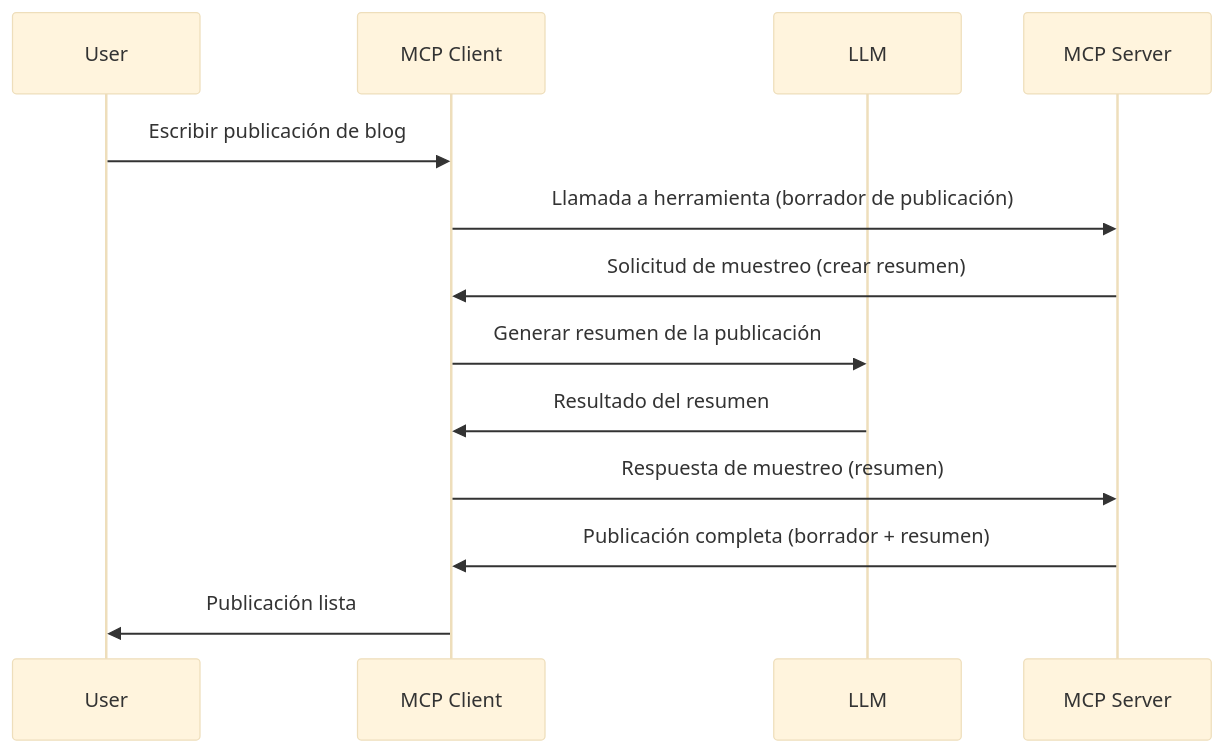
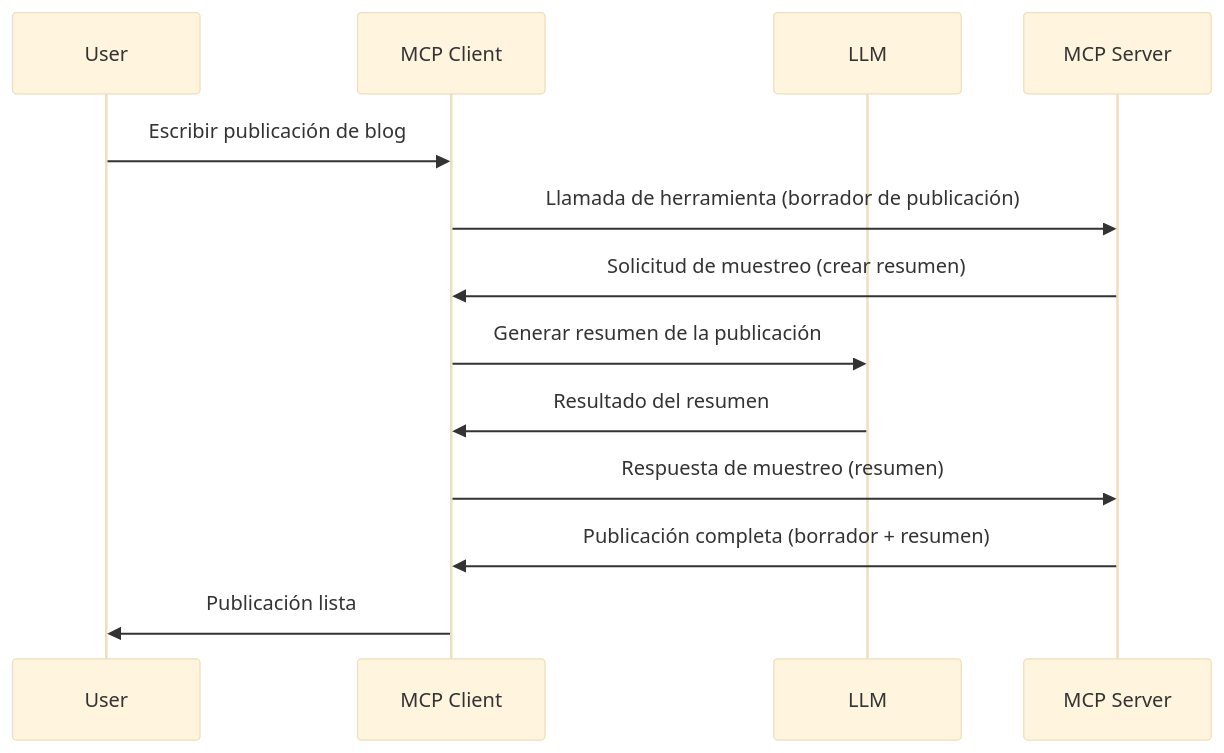
One commit to HIDORAKAI002/ai-workspace-archive changed the diagram in mcp_ecosystem__model_context_protocol/mcp_learning_resources/mcp-for-beginners/translations/es/03-GettingStarted/14-sampling/README.md. Above: the diagram before and after it, drawn with Mermaid (base theme). The commit also changed other lines of this file and 1160 other files, not shown here.

````diff
--- a/mcp_ecosystem__model_context_protocol/mcp_learning_resources/mcp-for-beginners/translations/es/03-GettingStarted/14-sampling/README.md
+++ b/mcp_ecosystem__model_context_protocol/mcp_learning_resources/mcp-for-beginners/translations/es/03-GettingStarted/14-sampling/README.md
@@ -23,16 +23,16 @@
 ```mermaid
 sequenceDiagram
     participant User
     participant MCP Client
     participant LLM
     participant MCP Server
 
     User->>MCP Client: Escribir publicación de blog
-    MCP Client->>MCP Server: Llamada a herramienta (borrador de publicación)
+    MCP Client->>MCP Server: Llamada de herramienta (borrador de publicación)
     MCP Server->>MCP Client: Solicitud de muestreo (crear resumen)
     MCP Client->>LLM: Generar resumen de la publicación
     LLM->>MCP Client: Resultado del resumen
     MCP Client->>MCP Server: Respuesta de muestreo (resumen)
     MCP Server->>MCP Client: Publicación completa (borrador + resumen)
     MCP Client->>User: Publicación lista
 ```
````
